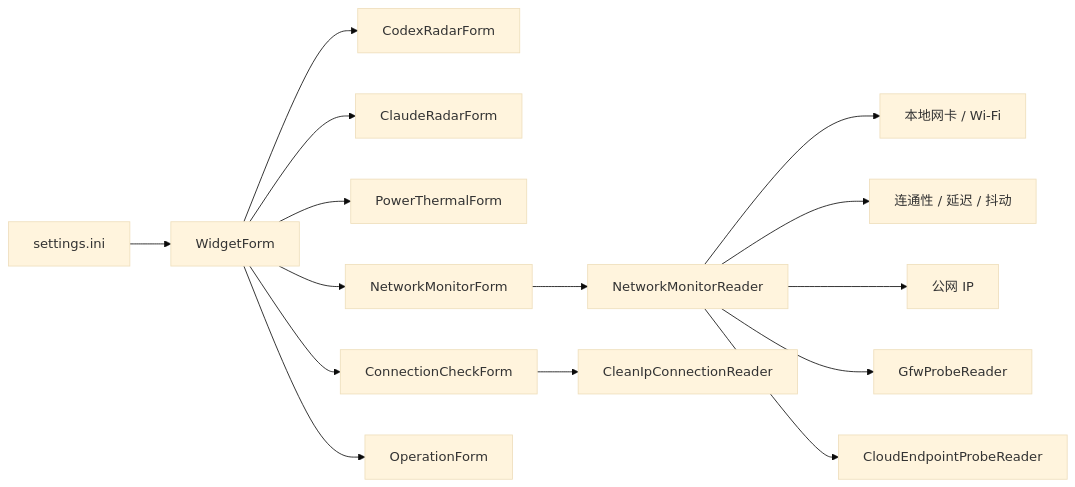
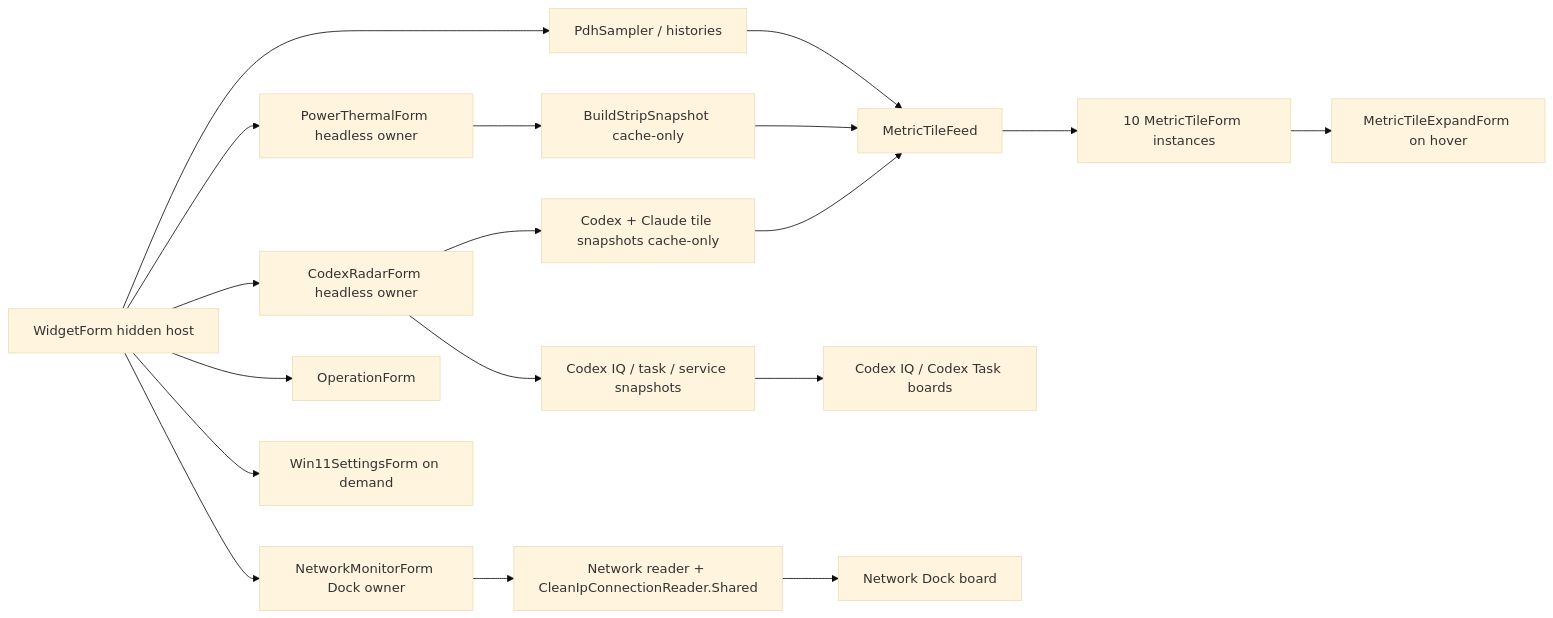
The diagram in Docs/Performance-And-Window-Runtime.md (AFT-Sakee01/DesktopCodexAssistant), drawn with Mermaid (base theme) before and after one commit. The commit also changed other lines of this file and 131 other files, not shown here.

````diff
--- a/Docs/Performance-And-Window-Runtime.md
+++ b/Docs/Performance-And-Window-Runtime.md
@@ -33,17 +30,20 @@
 ```mermaid
 flowchart LR
-    Settings["settings.ini"] --> Main["WidgetForm"]
-Main --> Radar["CodexRadarForm"]
-Main --> Claude["ClaudeRadarForm"]
-Main --> Power["PowerThermalForm"]
-    Main --> Network["NetworkMonitorForm"]
-    Main --> CleanIP["ConnectionCheckForm"]
-    Main --> Operation["OperationForm"]
-    Network --> Reader["NetworkMonitorReader"]
-    Reader --> Local["本地网卡 / Wi-Fi"]
-    Reader --> Connectivity["连通性 / 延迟 / 抖动"]
-    Reader --> PublicIP["公网 IP"]
-    Reader --> GFW["GfwProbeReader"]
-    Reader --> Cloud["CloudEndpointProbeReader"]
-    CleanIP --> CleanReader["CleanIpConnectionReader"]
+    A["WidgetForm hidden host"] --> B["PdhSampler / histories"]
+    A --> C["PowerThermalForm headless owner"]
+    A --> D["CodexRadarForm headless owner"]
+    A --> E["NetworkMonitorForm Dock owner"]
+    A --> F["OperationForm"]
+    A --> G["Win11SettingsForm on demand"]
+    B --> H["MetricTileFeed"]
+    C --> I["BuildStripSnapshot cache-only"]
+    D --> J["Codex + Claude tile snapshots cache-only"]
+    I --> H
+    J --> H
+    H --> K["10 MetricTileForm instances"]
+    K --> L["MetricTileExpandForm on hover"]
+    D --> M["Codex IQ / task / service snapshots"]
+    M --> N["Codex IQ / Codex Task boards"]
+    E --> O["Network reader + CleanIpConnectionReader.Shared"]
+    O --> P["Network Dock board"]
 ```
````
